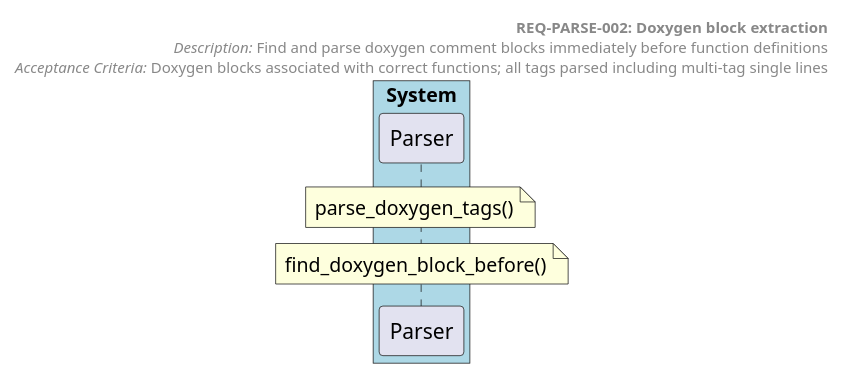
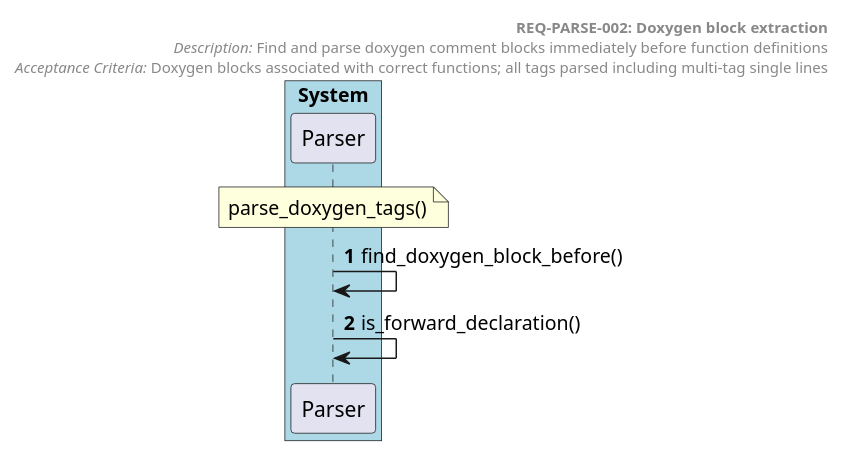
One commit to tvanfossen/doxygen-guard changed the diagram in docs/generated/sequences/REQ-PARSE-002.puml. Above: the diagram before and after it, drawn with PlantUML. The commit also changed 21 other files, not shown here.

First line of the commit message:
Resolve adversarial findings: security, observability, diagram quality, README

```diff
--- a/docs/generated/sequences/REQ-PARSE-002.puml
+++ b/docs/generated/sequences/REQ-PARSE-002.puml
@@ -1,17 +1,19 @@
 @startuml REQ-PARSE-002 Doxygen block extraction
 autonumber
 
 box "System" #LightBlue
   participant "Parser" as Parser
 end box
 
 header
   **REQ-PARSE-002: Doxygen block extraction**
   //Description:// Find and parse doxygen comment blocks immediately before function definitions
   //Acceptance Criteria:// Doxygen blocks associated with correct functions; all tags parsed including multi-tag single lines
 end header
 
 note over Parser: parse_doxygen_tags()
-note over Parser: find_doxygen_block_before()
+
+Parser -> Parser: find_doxygen_block_before()
+Parser -> Parser: is_forward_declaration()
 
 @enduml
```
